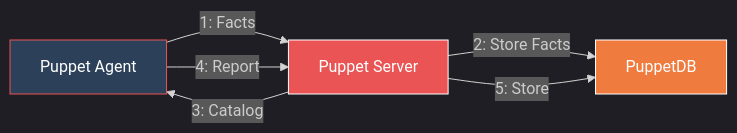
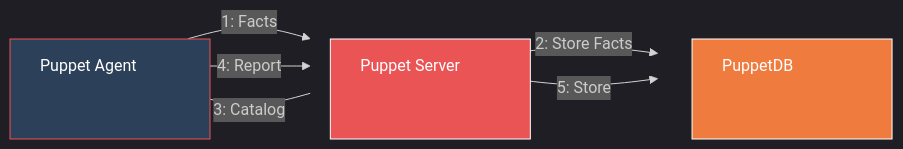
The diagram in README.md (donoghuc/logstash-input-puppetdb-demo), drawn with Mermaid before and after one commit.

Commit message:
make diagram bigger

````diff
--- a/README.md
+++ b/README.md
@@ -7,13 +7,15 @@
 ```mermaid
 %%{init: {'theme': 'dark'}}%%
 graph LR
+    classDef default width:200px,height:100px;
+
     A[Puppet Agent] -->|"1: Facts"| B[Puppet Server]
     B -->|"2: Store Facts"| C[PuppetDB]
     B -->|"3: Catalog"| A
     A -->|"4: Report"| B
     B -->|"5: Store"| C
 
     style A fill:#2D4059,stroke:#EA5455,color:#fff
     style B fill:#EA5455,stroke:#fff,color:#fff
     style C fill:#F07B3F,stroke:#fff,color:#fff
 ```
````
